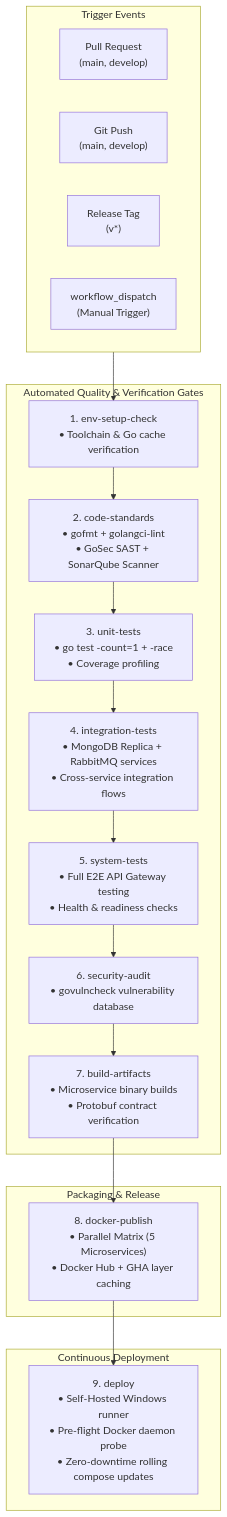
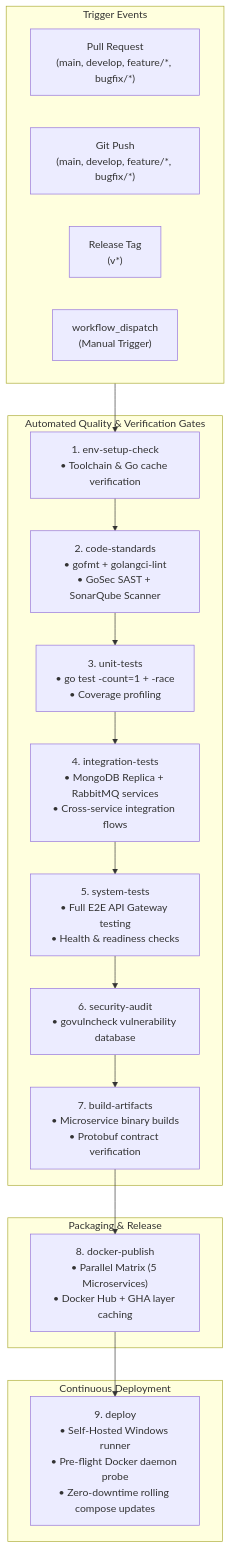
Before and after one commit to bkojha74/global-wallet-microservices: the sixth of 6 diagrams in README.md, drawn with Mermaid. The commit also changed other lines of this file and 4 other files, not shown here.

Commit message:
docs: update architecture, security, roadmap, CI/CD guide, and publish v1.7.0 release notes

````diff
--- a/README.md
+++ b/README.md
@@ -472,37 +472,37 @@
 ```mermaid
 flowchart TD
     subgraph Triggers["Trigger Events"]
-        PR["Pull Request<br/>(main, develop)"]
-        Push["Git Push<br/>(main, develop)"]
+        PR["Pull Request<br/>(main, develop, feature/*, bugfix/*)"]
+        Push["Git Push<br/>(main, develop, feature/*, bugfix/*)"]
         Tag["Release Tag<br/>(v*)"]
         Manual["workflow_dispatch<br/>(Manual Trigger)"]
     end
 
     subgraph CI_Pipeline["Automated Quality & Verification Gates"]
         Env["1. env-setup-check<br/>• Toolchain & Go cache verification"]
         Standards["2. code-standards<br/>• gofmt + golangci-lint<br/>• GoSec SAST + SonarQube Scanner"]
         Unit["3. unit-tests<br/>• go test -count=1 + -race<br/>• Coverage profiling"]
         Integ["4. integration-tests<br/>• MongoDB Replica + RabbitMQ services<br/>• Cross-service integration flows"]
         Sys["5. system-tests<br/>• Full E2E API Gateway testing<br/>• Health & readiness checks"]
         Vuln["6. security-audit<br/>• govulncheck vulnerability database"]
         Build["7. build-artifacts<br/>• Microservice binary builds<br/>• Protobuf contract verification"]
     end
 
     subgraph CD_Build["Packaging & Release"]
         Pub["8. docker-publish<br/>• Parallel Matrix (5 Microservices)<br/>• Docker Hub + GHA layer caching"]
     end
 
     subgraph CD_Deploy["Continuous Deployment"]
         Deploy["9. deploy<br/>• Self-Hosted Windows runner<br/>• Pre-flight Docker daemon probe<br/>• Zero-downtime rolling compose updates"]
     end
 
     Triggers --> Env
     Env --> Standards
     Standards --> Unit
     Unit --> Integ
     Integ --> Sys
     Sys --> Vuln
     Vuln --> Build
     Build --> Pub
     Pub --> Deploy
 ```
````
